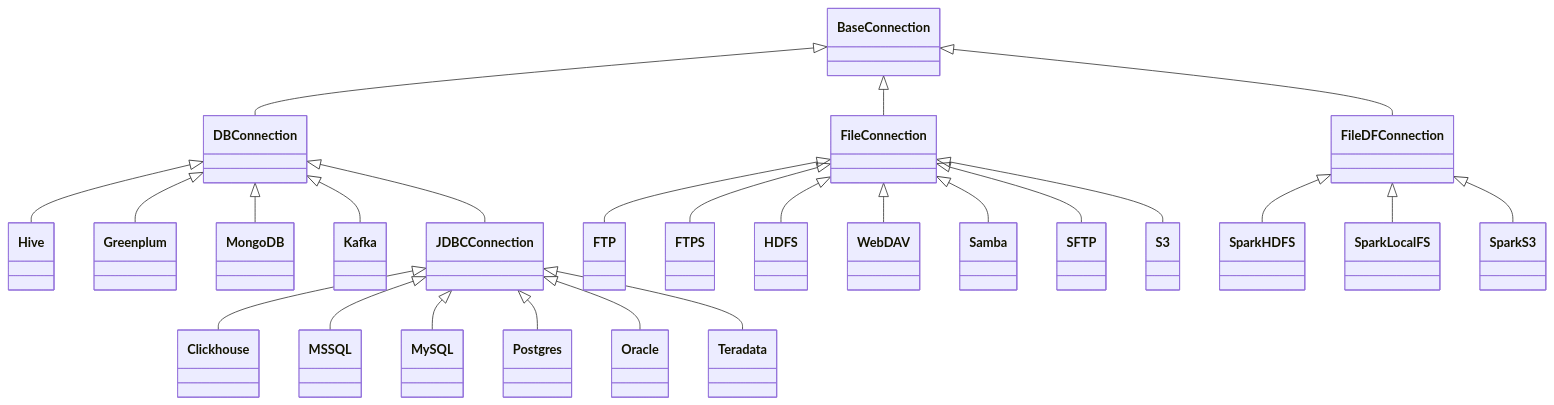
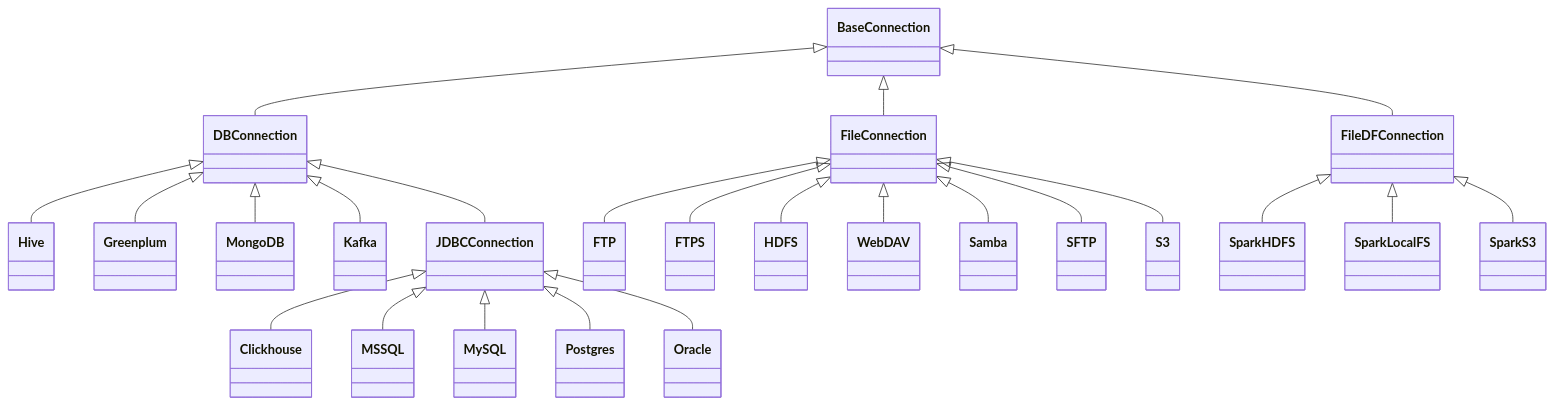
Before and after one commit to MTSWebServices/onetl: the diagram in mddocs/docs/concepts.md, drawn with Mermaid. The commit also changed 30 other files, not shown here.

````diff
--- a/mddocs/docs/concepts.md
+++ b/mddocs/docs/concepts.md
@@ -29,27 +29,27 @@
 ```mermaid
 classDiagram
     BaseConnection <|-- DBConnection
     DBConnection <|-- Hive
     DBConnection <|-- Greenplum
     DBConnection <|-- MongoDB
     DBConnection <|-- Kafka
     DBConnection <|-- JDBCConnection
     JDBCConnection <|-- Clickhouse
     JDBCConnection <|-- MSSQL
     JDBCConnection <|-- MySQL
     JDBCConnection <|-- Postgres
     JDBCConnection <|-- Oracle
-    JDBCConnection <|-- Teradata
+
     BaseConnection <|-- FileConnection
     FileConnection <|-- FTP
     FileConnection <|-- FTPS
     FileConnection <|-- HDFS
     FileConnection <|-- WebDAV
     FileConnection <|-- Samba
     FileConnection <|-- SFTP
     FileConnection <|-- S3
     BaseConnection <|-- FileDFConnection
     FileDFConnection <|-- SparkHDFS
     FileDFConnection <|-- SparkLocalFS
     FileDFConnection <|-- SparkS3
 ```
````
